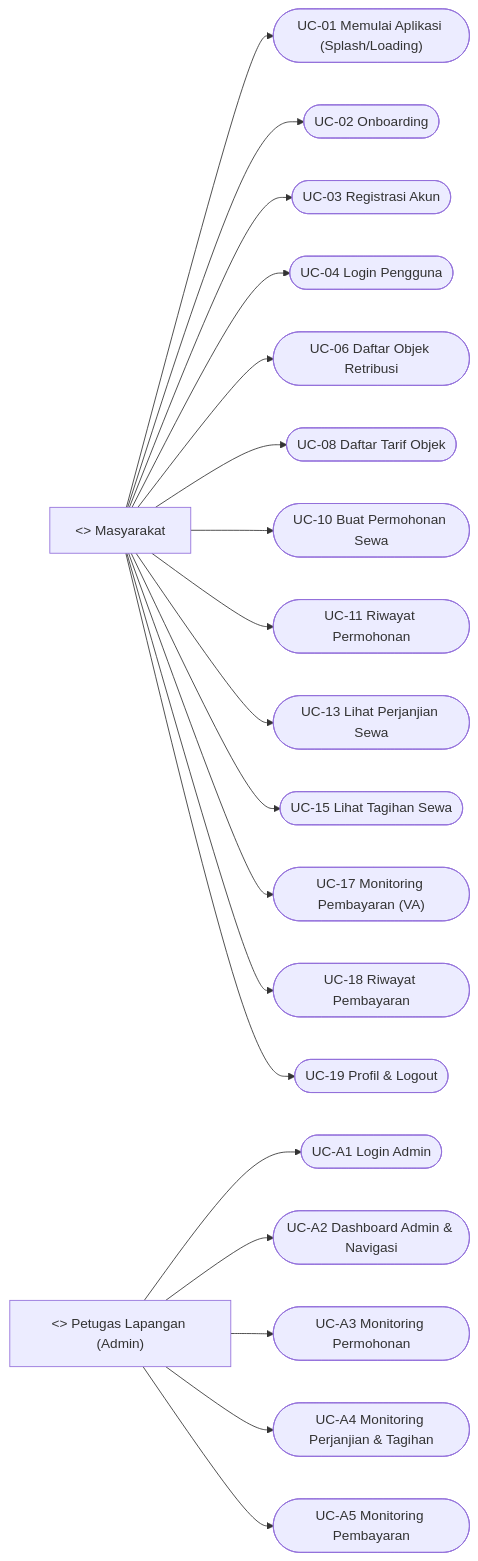
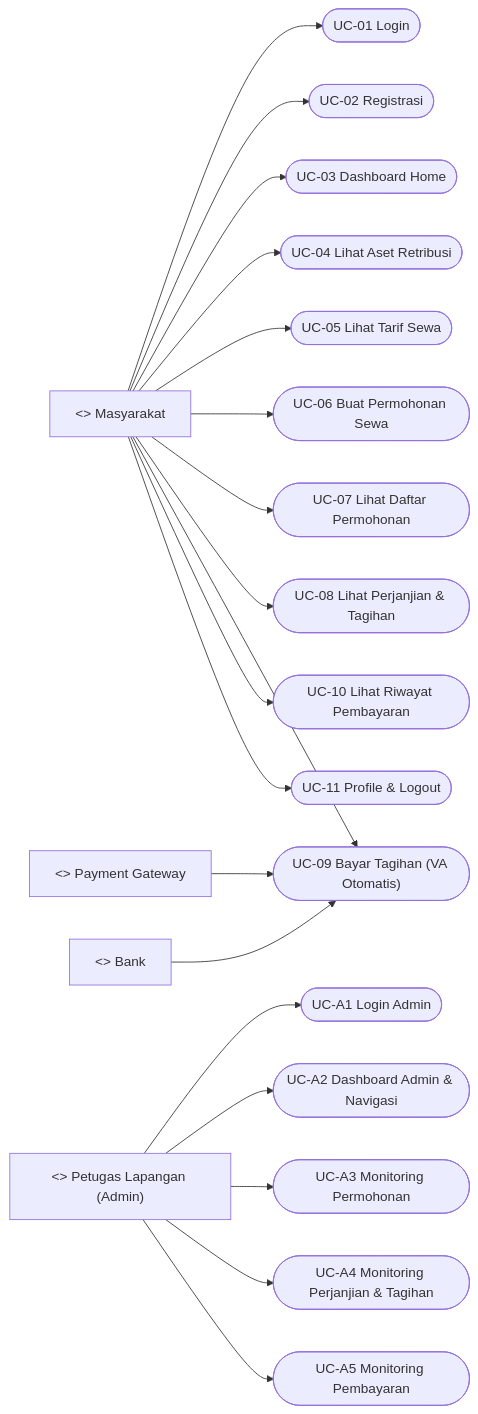
The diagram in docs/USE_CASE_SCENARIOS.md (hugosmrgkr/tapatupa), drawn with Mermaid before and after one commit. The commit also changed other lines of this file, not shown here.

````diff
--- a/docs/USE_CASE_SCENARIOS.md
+++ b/docs/USE_CASE_SCENARIOS.md
@@ -19,45 +19,46 @@
 ```mermaid
 flowchart LR
 	M["<<actor>> Masyarakat"]
 	A["<<actor>> Petugas Lapangan (Admin)"]
+	PG["<<actor>> Payment Gateway"]
+	B["<<actor>> Bank"]
 
-	UC01(["UC-01 Memulai Aplikasi (Splash/Loading)"])
-	UC02(["UC-02 Onboarding"])
-	UC03(["UC-03 Registrasi Akun"])
-	UC04(["UC-04 Login Pengguna"])
-	UC06(["UC-06 Daftar Objek Retribusi"])
-	UC08(["UC-08 Daftar Tarif Objek"])
-	UC10(["UC-10 Buat Permohonan Sewa"])
-	UC11(["UC-11 Riwayat Permohonan"])
-	UC13(["UC-13 Lihat Perjanjian Sewa"])
-	UC15(["UC-15 Lihat Tagihan Sewa"])
-	UC17(["UC-17 Monitoring Pembayaran (VA)"])
-	UC18(["UC-18 Riwayat Pembayaran"])
-	UC19(["UC-19 Profil & Logout"])
+	UC01(["UC-01 Login"])
+	UC02(["UC-02 Registrasi"])
+	UC03(["UC-03 Dashboard Home"])
+	UC04(["UC-04 Lihat Aset Retribusi"])
+	UC05(["UC-05 Lihat Tarif Sewa"])
+	UC06(["UC-06 Buat Permohonan Sewa"])
+	UC07(["UC-07 Lihat Daftar Permohonan"])
+	UC08(["UC-08 Lihat Perjanjian & Tagihan"])
+	UC09(["UC-09 Bayar Tagihan (VA Otomatis)"])
+	UC10(["UC-10 Lihat Riwayat Pembayaran"])
+	UC11(["UC-11 Profile & Logout"])
 
 	UCA1(["UC-A1 Login Admin"])
 	UCA2(["UC-A2 Dashboard Admin & Navigasi"])
 	UCA3(["UC-A3 Monitoring Permohonan"])
 	UCA4(["UC-A4 Monitoring Perjanjian & Tagihan"])
 	UCA5(["UC-A5 Monitoring Pembayaran"])
 
 	M --> UC01
 	M --> UC02
 	M --> UC03
 	M --> UC04
+	M --> UC05
 	M --> UC06
+	M --> UC07
 	M --> UC08
+	M --> UC09
 	M --> UC10
 	M --> UC11
-	M --> UC13
-	M --> UC15
-	M --> UC17
-	M --> UC18
-	M --> UC19
+
+	PG --> UC09
+	B --> UC09
 
 	A --> UCA1
 	A --> UCA2
 	A --> UCA3
 	A --> UCA4
 	A --> UCA5
 ```
````
